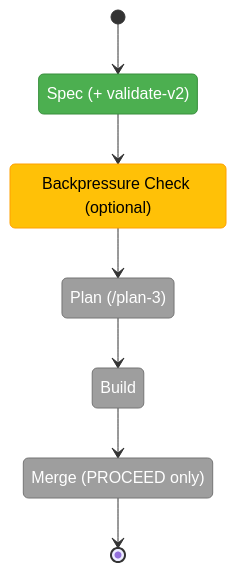
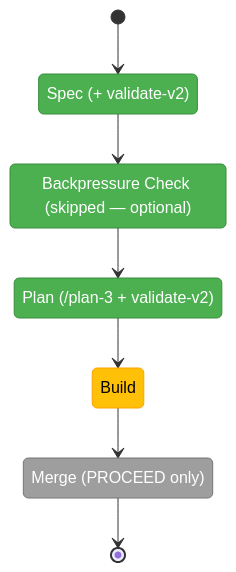
One commit to AI-Substrate/harness-engineering changed the diagram in docs/plans/015-observe-retro-merge/observe-retro-merge.fltplan.md. Above: the diagram before and after it, drawn with Mermaid. The commit also changed other lines of this file and 4 other files, not shown here.

First line of the commit message:
docs(015): /plan-3 architect — plan READY, validate-v2 VALIDATED WITH FIXES

````diff
--- a/docs/plans/015-observe-retro-merge/observe-retro-merge.fltplan.md
+++ b/docs/plans/015-observe-retro-merge/observe-retro-merge.fltplan.md
@@ -11,23 +11,23 @@
 ```mermaid
 stateDiagram-v2
     classDef pending fill:#9E9E9E,stroke:#757575,color:#fff
     classDef active fill:#FFC107,stroke:#FFA000,color:#000
     classDef done fill:#4CAF50,stroke:#388E3C,color:#fff
 
     state "Spec (+ validate-v2)" as S1
-    state "Backpressure Check (optional)" as S2
-    state "Plan (/plan-3)" as S3
+    state "Backpressure Check (skipped — optional)" as S2
+    state "Plan (/plan-3 + validate-v2)" as S3
     state "Build" as S4
     state "Merge (PROCEED only)" as S5
 
     [*] --> S1
     S1 --> S2
     S2 --> S3
     S3 --> S4
     S4 --> S5
     S5 --> [*]
 
-    class S1 done
-    class S2 active
-    class S3,S4,S5 pending
+    class S1,S2,S3 done
+    class S4 active
+    class S5 pending
 ```
````
